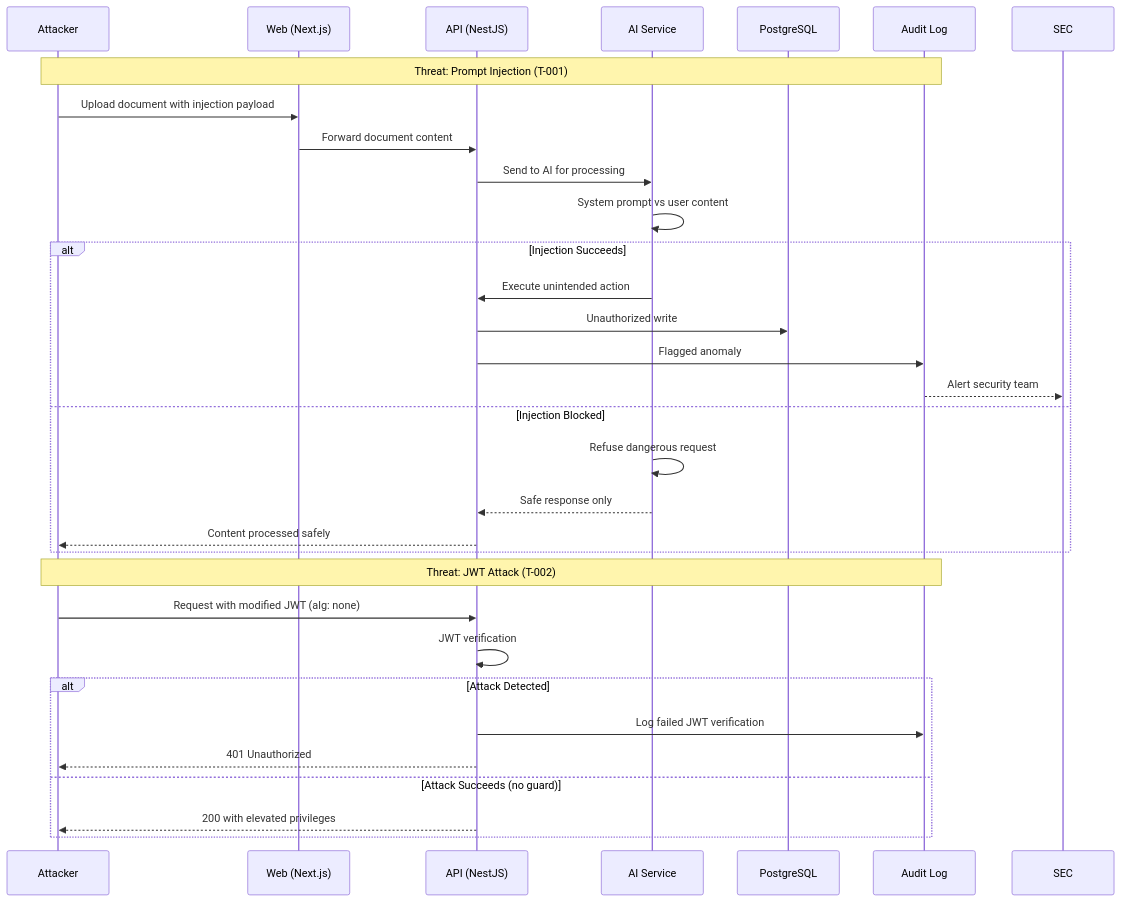
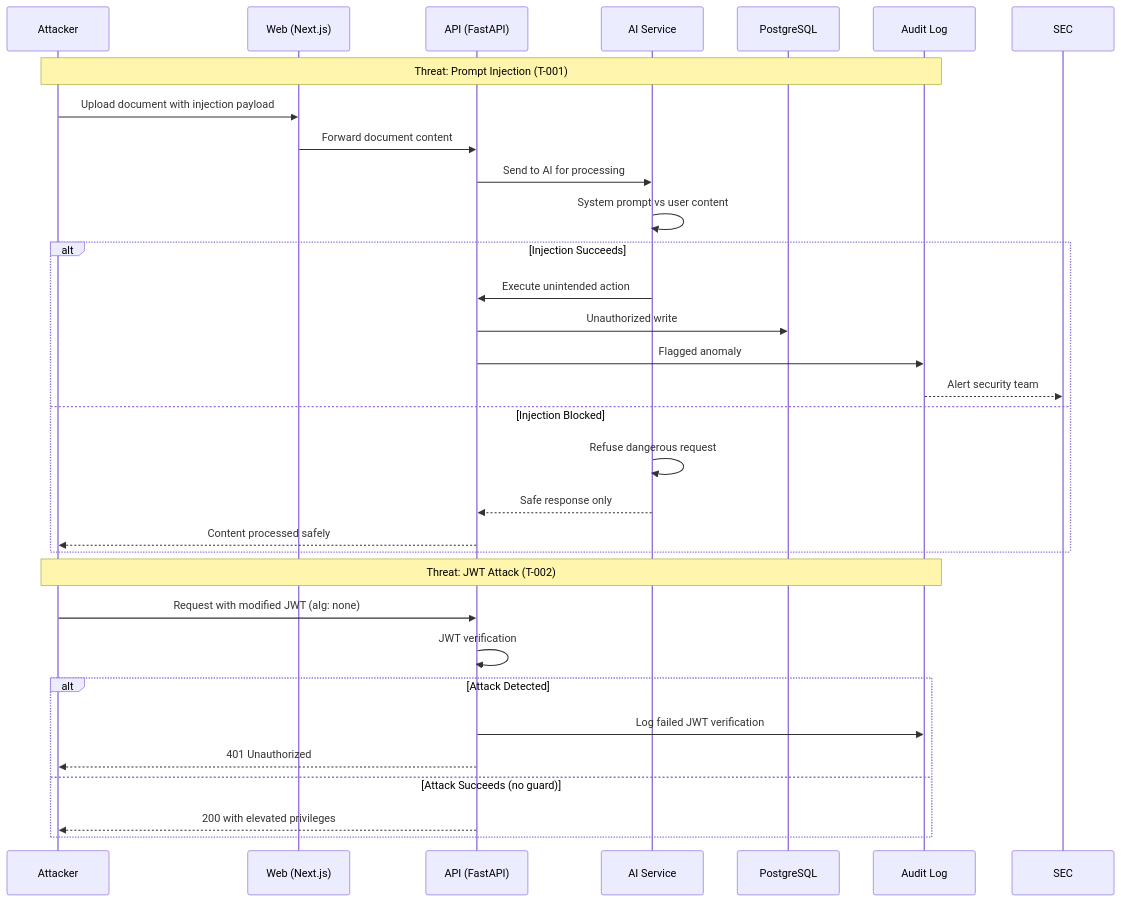
The third of 3 diagrams in docs/security/Threat-Model.md (Driftloom/Vaeloom), drawn with Mermaid before and after one commit. The commit also changed other lines of this file and 159 other files, not shown here.

````diff
--- a/docs/security/Threat-Model.md
+++ b/docs/security/Threat-Model.md
@@ -466,36 +498,36 @@
 ```mermaid
 sequenceDiagram
     participant ATK as Attacker
     participant WEB as Web (Next.js)
-    participant API as API (NestJS)
+    participant API as API (FastAPI)
     participant AI as AI Service
     participant DB as PostgreSQL
     participant LOG as Audit Log
 
     Note over ATK,LOG: Threat: Prompt Injection (T-001)
     ATK->>WEB: Upload document with injection payload
     WEB->>API: Forward document content
     API->>AI: Send to AI for processing
 
     AI->>AI: System prompt vs user content
     alt Injection Succeeds
         AI->>API: Execute unintended action
         API->>DB: Unauthorized write
         API->>LOG: Flagged anomaly
         LOG-->>SEC: Alert security team
     else Injection Blocked
         AI->>AI: Refuse dangerous request
         AI-->>API: Safe response only
         API-->>ATK: Content processed safely
     end
 
     Note over ATK,LOG: Threat: JWT Attack (T-002)
     ATK->>API: Request with modified JWT (alg: none)
     API->>API: JWT verification
     alt Attack Detected
         API->>LOG: Log failed JWT verification
         API-->>ATK: 401 Unauthorized
     else Attack Succeeds (no guard)
         API-->>ATK: 200 with elevated privileges
     end
 ```
````
